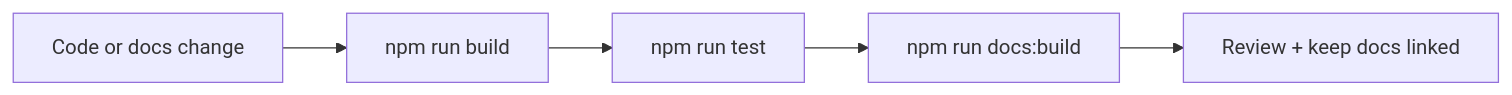
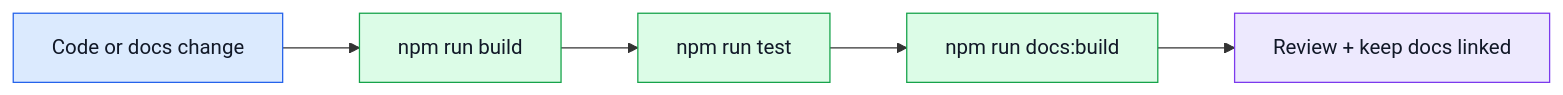
Before and after one commit to Guebbit/boilerplate-node-backend: the diagram in docs/tools/testing-and-docs.md, drawn with Mermaid. The commit also changed other lines of this file and 16 other files, not shown here.

````diff
--- a/docs/tools/testing-and-docs.md
+++ b/docs/tools/testing-and-docs.md
@@ -16,7 +16,15 @@
 ```mermaid
+%%{init: {'flowchart': {'nodeSpacing': 45, 'rankSpacing': 60}}}%%
 flowchart LR
     Change[Code or docs change] --> Build[npm run build]
     Build --> Test[npm run test]
     Test --> Docs[npm run docs:build]
     Docs --> Review[Review + keep docs linked]
+
+    classDef work fill:#dbeafe,stroke:#2563eb,color:#111827;
+    classDef checks fill:#dcfce7,stroke:#16a34a,color:#111827;
+    classDef finish fill:#ede9fe,stroke:#7c3aed,color:#111827;
+    class Change work;
+    class Build,Test,Docs checks;
+    class Review finish;
 ```
````
